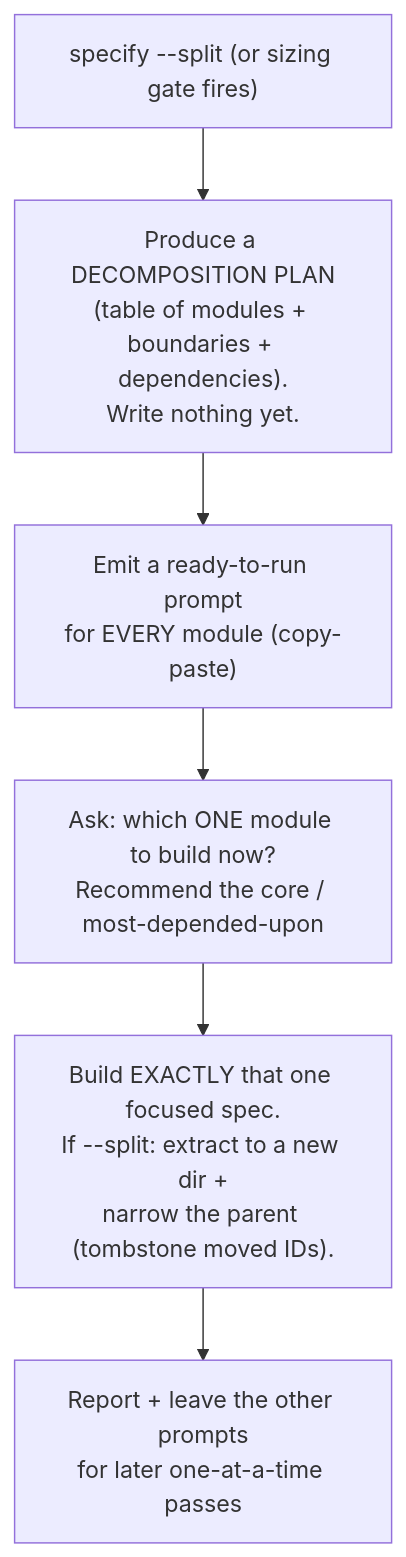
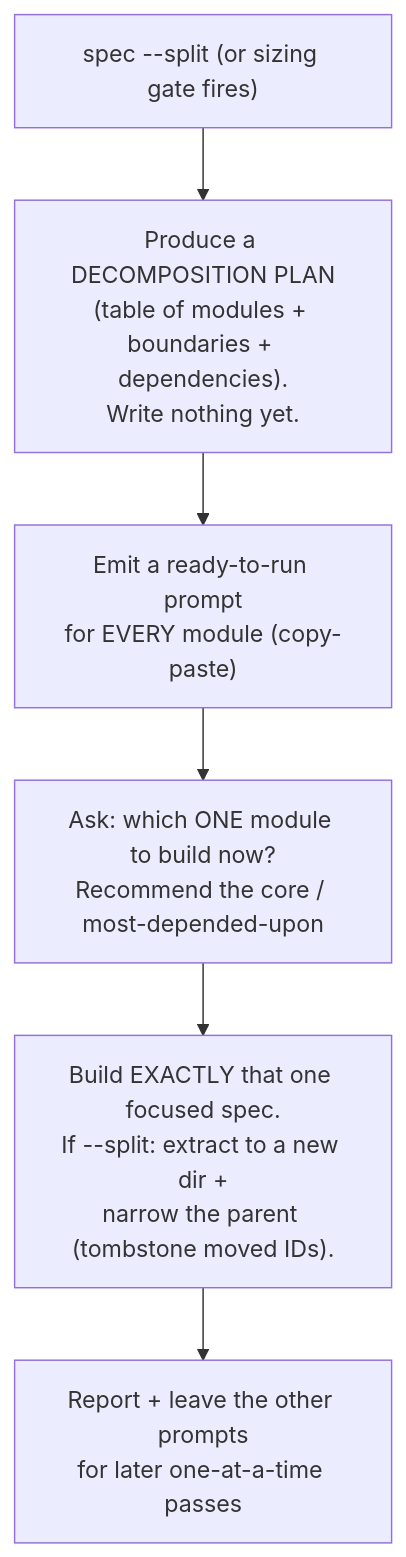
One commit to bulbigood/OrderSpec changed the second of 3 diagrams in README.md. Above: the diagram before and after it, drawn with Mermaid. The commit also changed other lines of this file and 66 other files, not shown here.

````diff
--- a/README.md
+++ b/README.md
@@ -228,8 +228,8 @@
 ```mermaid
 graph TD
-    T["specify --split (or sizing gate fires)"] --> P["Produce a DECOMPOSITION PLAN<br/>(table of modules + boundaries + dependencies).<br/>Write nothing yet."]
+    T["spec --split (or sizing gate fires)"] --> P["Produce a DECOMPOSITION PLAN<br/>(table of modules + boundaries + dependencies).<br/>Write nothing yet."]
     P --> PR["Emit a ready-to-run prompt<br/>for EVERY module (copy-paste)"]
     PR --> A["Ask: which ONE module to build now?<br/>Recommend the core / most-depended-upon"]
     A --> B["Build EXACTLY that one focused spec.<br/>If --split: extract to a new dir +<br/>narrow the parent (tombstone moved IDs)."]
     B --> N["Report + leave the other prompts<br/>for later one-at-a-time passes"]
 ```
````
